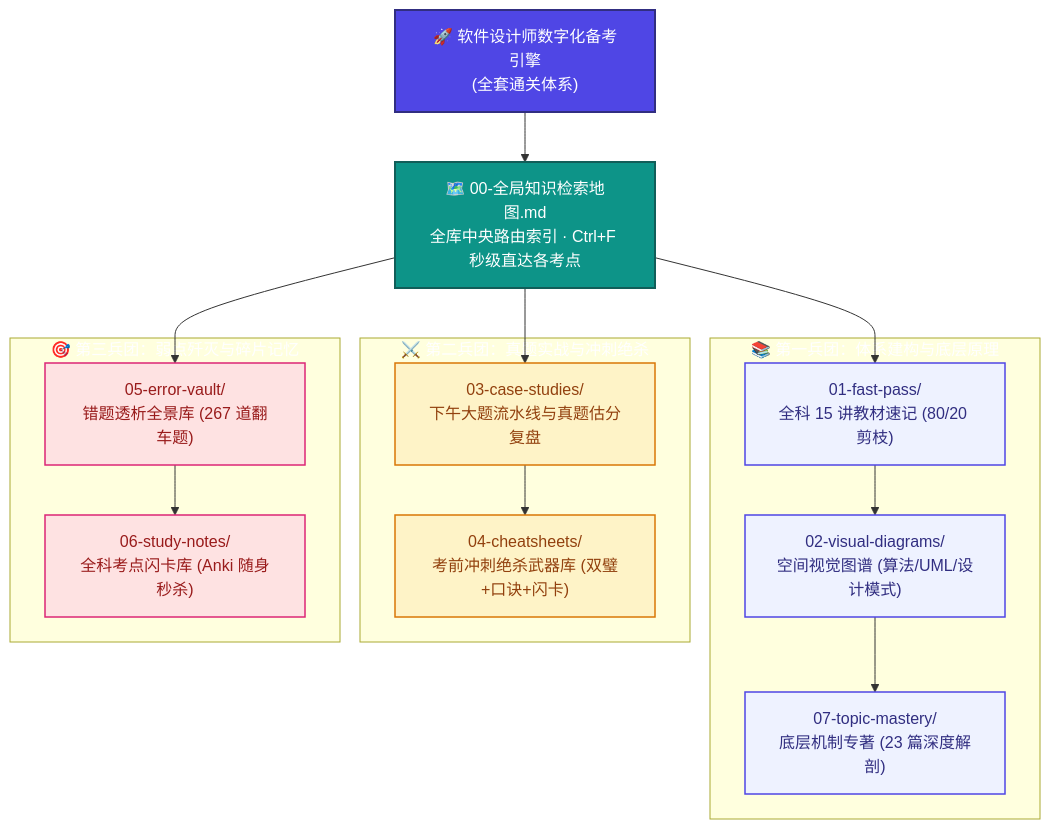
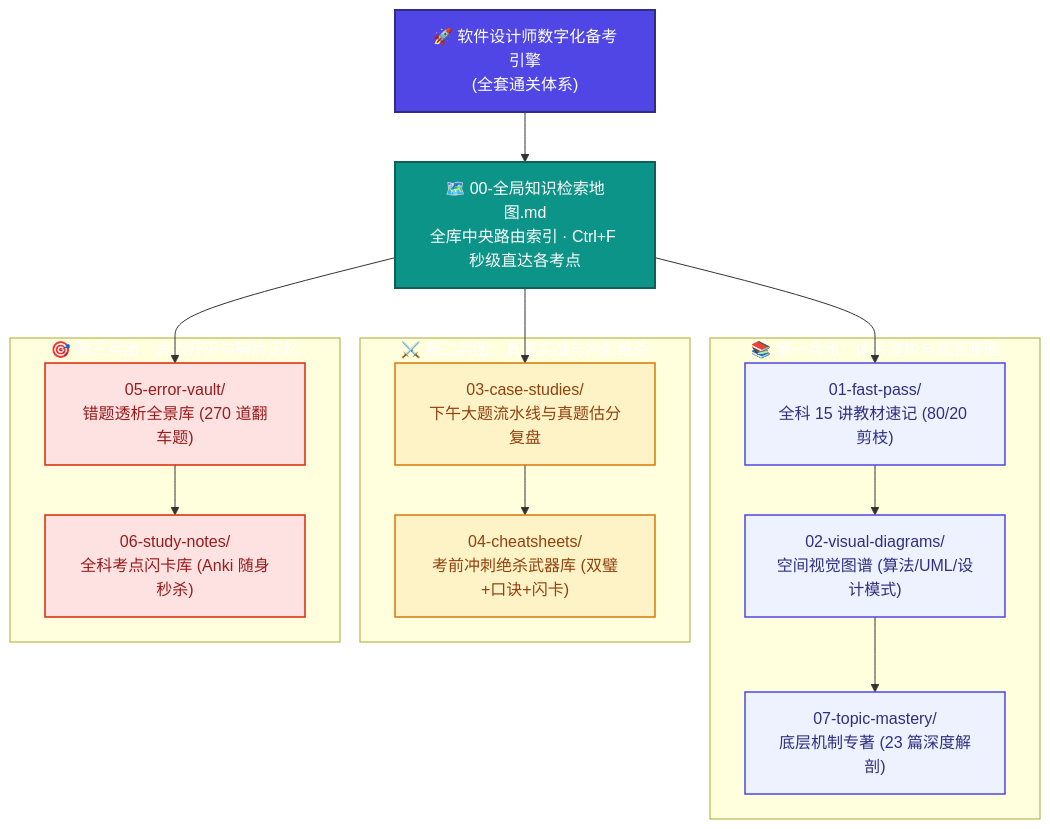
One commit to cpsa3/software-designer-fast-pass changed the diagram in README.md. Above: the diagram before and after it, drawn with Mermaid. The commit also changed other lines of this file and 2 other files, not shown here.

Commit message:
docs(error-vault): 归档错题268~270(管道过滤器并行与性能反直觉/配置管理活动边界/RUP移交阶段严防偷换确认)

````diff
--- a/README.md
+++ b/README.md
@@ -70,36 +70,36 @@
 ```mermaid
 flowchart TD
     classDef root fill:#4F46E5,stroke:#312E81,stroke-width:2px,color:#fff
     classDef hub fill:#0D9488,stroke:#115E59,stroke-width:2px,color:#fff
     classDef base fill:#EEF2FF,stroke:#4F46E5,stroke-width:1.5px,color:#312E81
     classDef exam fill:#FEF3C7,stroke:#D97706,stroke-width:1.5px,color:#92400E
-    classDef vault fill:#FEE2E2,stroke:#DC2676,stroke-width:1.5px,color:#991B1B
+    classDef vault fill:#FEE2E2,stroke:#DC2706,stroke-width:1.5px,color:#991B1B
 
     Root["🚀 软件设计师数字化备考引擎<br>(全套通关体系)"]:::root
     Map["🗺️ 00-全局知识检索地图.md<br>全库中央路由索引 · Ctrl+F 秒级直达各考点"]:::hub
 
     Root --> Map
 
     subgraph G1["📚 第一兵团：体系建构与底层原理"]
         M1["01-fast-pass/<br>全科 15 讲教材速记 (80/20 剪枝)"]:::base
         M2["02-visual-diagrams/<br>空间视觉图谱 (算法/UML/设计模式)"]:::base
         M7["07-topic-mastery/<br>底层机制专著 (23 篇深度解剖)"]:::base
         M1 --> M2 --> M7
     end
 
     subgraph G2["⚔️ 第二兵团：真题实战与冲刺绝杀"]
         M3["03-case-studies/<br>下午大题流水线与真题估分复盘"]:::exam
         M4["04-cheatsheets/<br>考前冲刺绝杀武器库 (双璧+口诀+闪卡)"]:::exam
         M3 --> M4
     end
 
     subgraph G3["🎯 第三兵团：弱点歼灭与碎片记忆"]
-        M5["05-error-vault/<br>错题透析全景库 (267 道翻车题)"]:::vault
+        M5["05-error-vault/<br>错题透析全景库 (270 道翻车题)"]:::vault
         M6["06-study-notes/<br>全科考点闪卡库 (Anki 随身秒杀)"]:::vault
         M5 --> M6
     end
 
     Map --> M1
     Map --> M3
     Map --> M5
 ```
````
